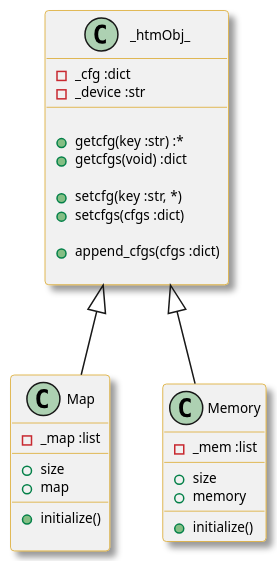
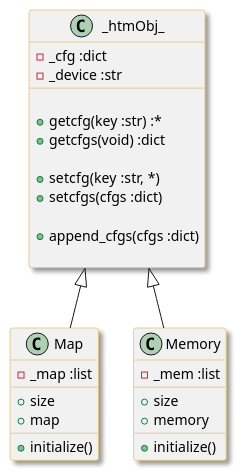
One commit to mrkrynmdsco/htm-python changed the diagram in _assets/class_basetypes.puml. Above: the diagram before and after it, drawn with PlantUML.

Commit message:
Removed scale

```diff
--- a/_assets/class_basetypes.puml
+++ b/_assets/class_basetypes.puml
@@ -2,51 +2,47 @@
 @startuml basetypes
 skinparam {
     shadowing true
     handwritten false
     titleFontStyle plain
 }
 skinparam class {
     borderColor GoldenRod
-    attributeFontSize 9
 }
-
-scale 1.5
 
 class _htmObj_ {
     -_cfg :dict
     -_device :str
     __
     
     +getcfg(key :str) :*
     +getcfgs(void) :dict
 
     +setcfg(key :str, *)
     +setcfgs(cfgs :dict)
 
     +append_cfgs(cfgs :dict)
 
 }
 
 class Map {
     -_map :list
     __
     +size
     +map
     __
     +initialize()
-
 }
 
 class Memory {
     -_mem :list
     __
     +size
     +memory
     __
     +initialize()
 }
 
 _htmObj_ <|-- Map
 _htmObj_ <|-- Memory
 
 @enduml
```
